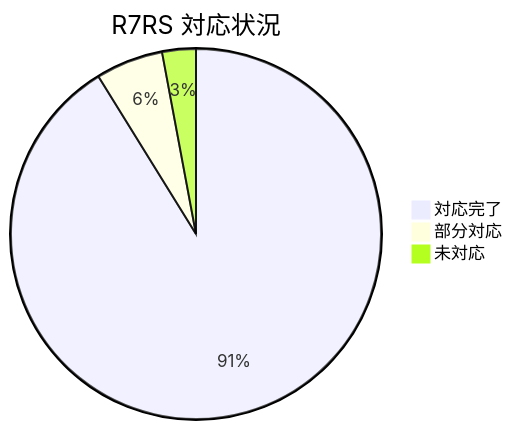
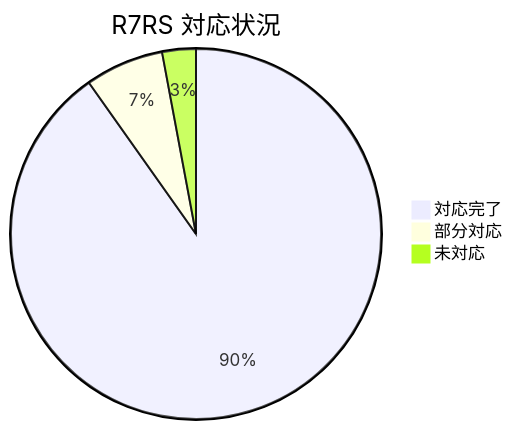
The diagram in docs/r7rs-compliance.md (suchi/sucheme-go), drawn with Mermaid before and after one commit. The commit also changed other lines of this file and 3 other files, not shown here.

````diff
--- a/docs/r7rs-compliance.md
+++ b/docs/r7rs-compliance.md
@@ -7,6 +7,6 @@
 ```mermaid
 pie title R7RS 対応状況
-    "対応完了" : 93
-    "部分対応" : 6
+    "対応完了" : 92
+    "部分対応" : 7
     "未対応" : 3
 ```
````
